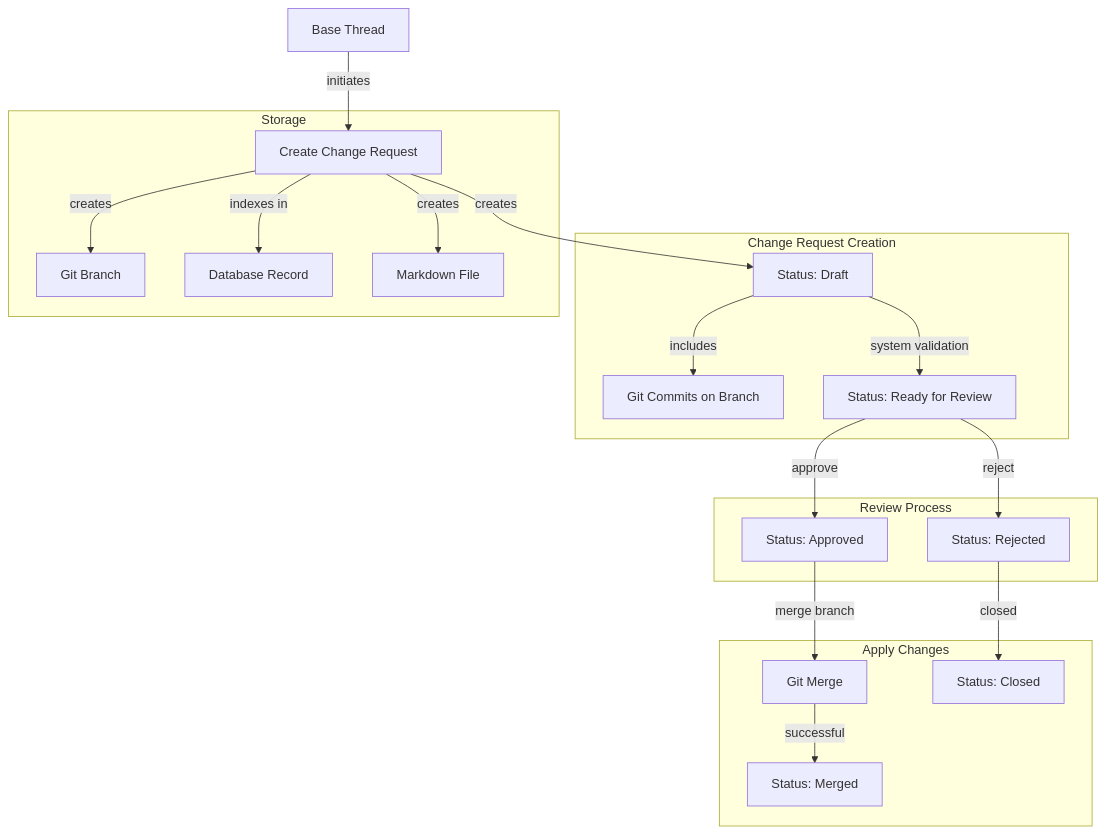
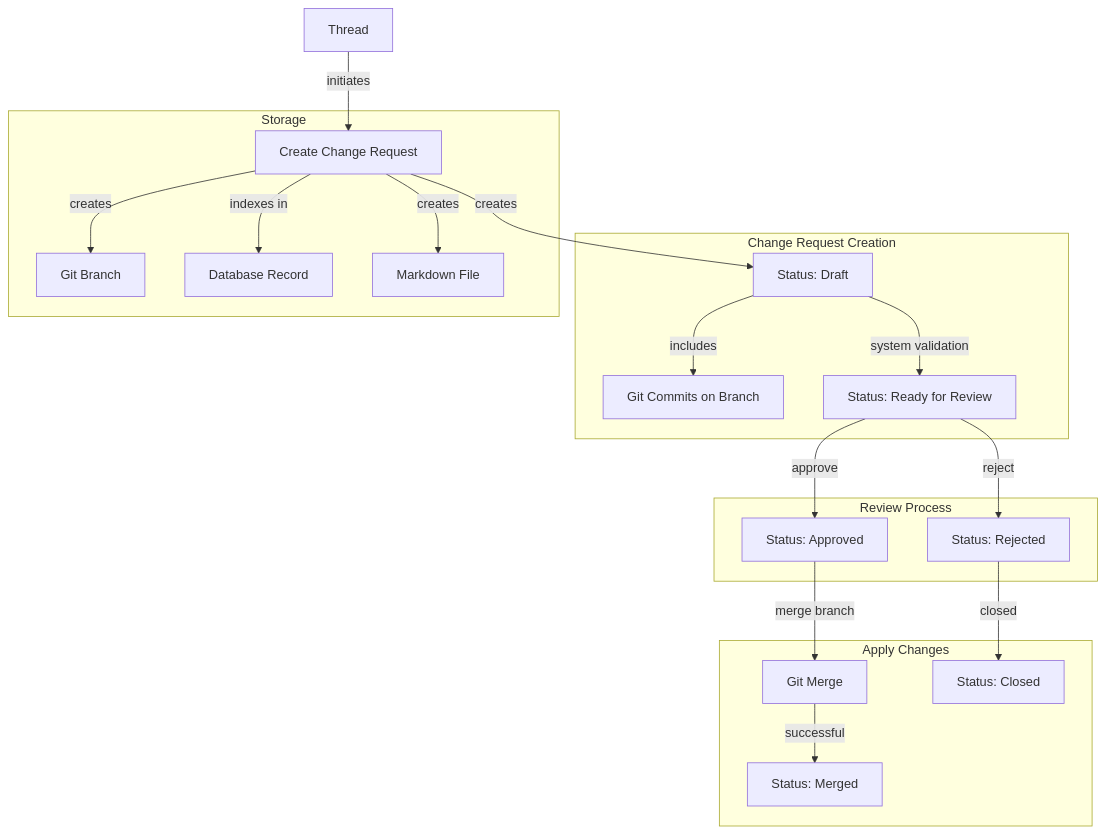
Before and after one commit to mistakia/base: the diagram in system/text/change-request-design.md, drawn with Mermaid. The commit also changed other lines of this file and 9 other files, not shown here.

````diff
--- a/system/text/change-request-design.md
+++ b/system/text/change-request-design.md
@@ -104,27 +104,27 @@
 ```mermaid
 graph TD
-    Thread["Base Thread"] -- initiates --> CR["Create Change Request"]
+    Thread["Thread"] -- initiates --> CR["Create Change Request"]
     CR -- creates --> Draft["Status: Draft"]
 
     subgraph "Change Request Creation"
         Draft -- includes --> Commits["Git Commits on Branch"]
         Draft -- system validation --> ReadyForReview["Status: Ready for Review"]
     end
 
     subgraph "Storage"
         CR -- creates --> GitBranch["Git Branch"]
         CR -- indexes in --> DBRecord["Database Record"]
         CR -- creates --> MDFile["Markdown File"]
     end
 
     subgraph "Review Process"
         ReadyForReview -- approve --> Approved["Status: Approved"]
         ReadyForReview -- reject --> Rejected["Status: Rejected"]
     end
 
     subgraph "Apply Changes"
         Approved -- merge branch --> MergeOperation["Git Merge"]
         MergeOperation -- successful --> Merged["Status: Merged"]
         Rejected -- closed --> Closed["Status: Closed"]
     end
 ```
````
